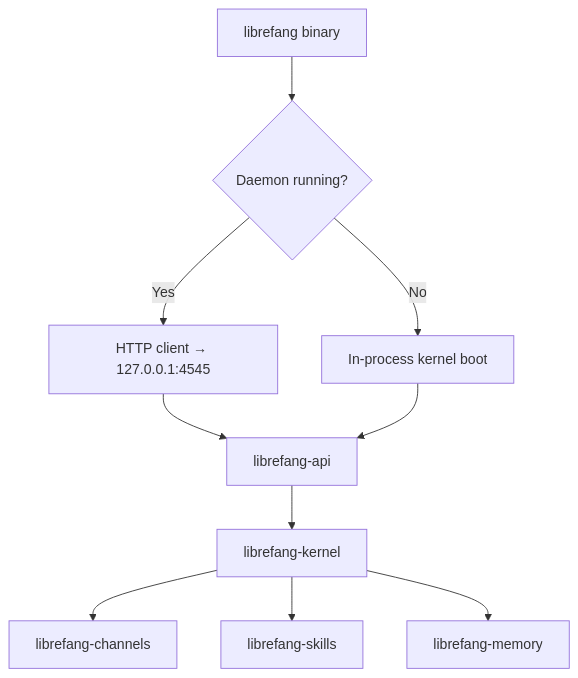
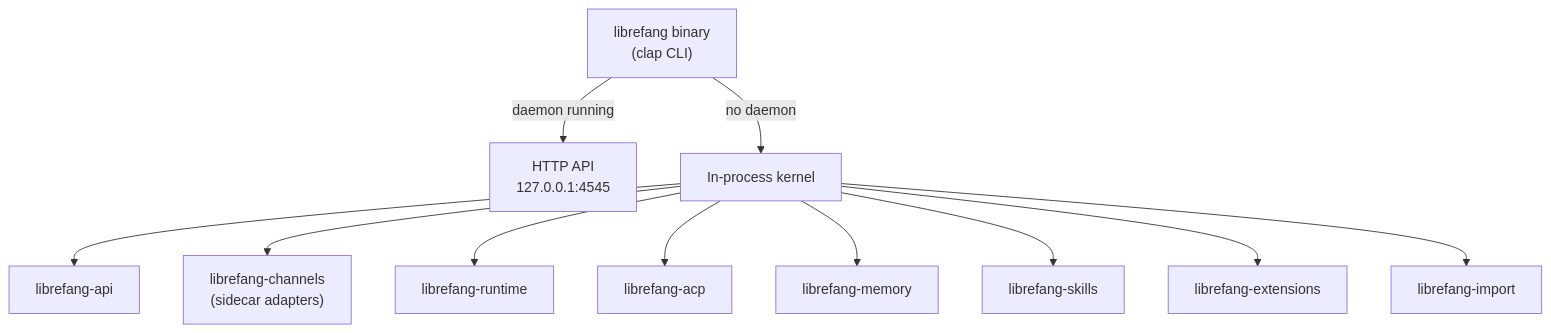
One commit to leszek3737/librefang-WIki changed the diagram in other-librefang-cli.md. Above: the diagram before and after it, drawn with Mermaid. The commit also changed other lines of this file and 125 other files, not shown here.

````diff
--- a/other-librefang-cli.md
+++ b/other-librefang-cli.md
@@ -14,12 +16,14 @@
 ```mermaid
 graph TD
-    A[librefang binary] --> B{Daemon running?}
-    B -->|Yes| C[HTTP client → 127.0.0.1:4545]
-    B -->|No| D[In-process kernel boot]
-    C --> E[librefang-api]
-    D --> E
-    E --> F[librefang-kernel]
-    F --> G[librefang-channels]
-    F --> H[librefang-skills]
-    F --> I[librefang-memory]
+    CLI["librefang binary<br/>(clap CLI)"]
+    CLI -->|daemon running| HTTP["HTTP API<br/>127.0.0.1:4545"]
+    CLI -->|no daemon| Kernel["In-process kernel"]
+    Kernel --> API["librefang-api"]
+    Kernel --> Channels["librefang-channels<br/>(sidecar adapters)"]
+    Kernel --> Runtime["librefang-runtime"]
+    Kernel --> ACP["librefang-acp"]
+    Kernel --> Memory["librefang-memory"]
+    Kernel --> Skills["librefang-skills"]
+    Kernel --> Extensions["librefang-extensions"]
+    Kernel --> Import["librefang-import"]
 ```
````
